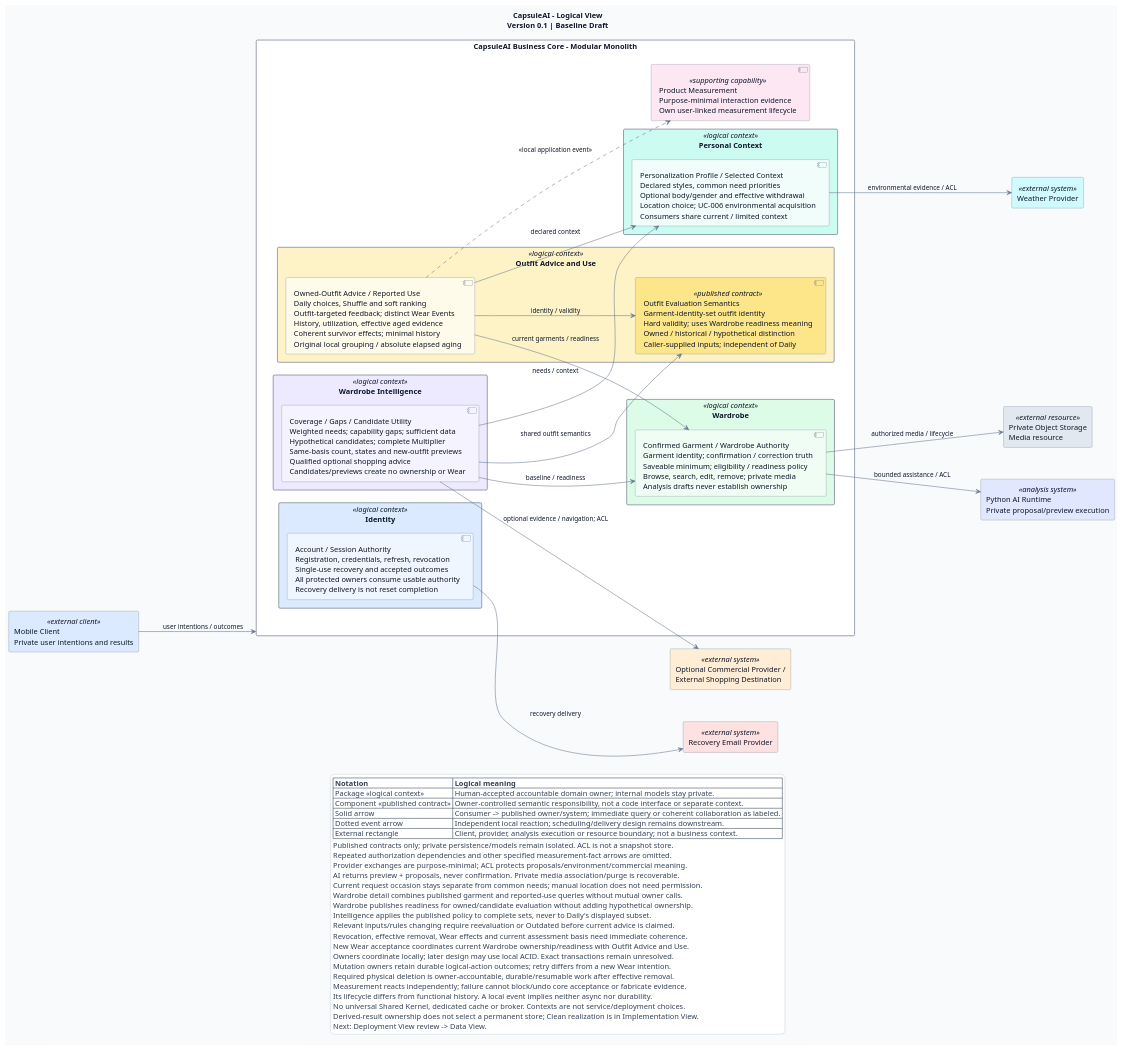
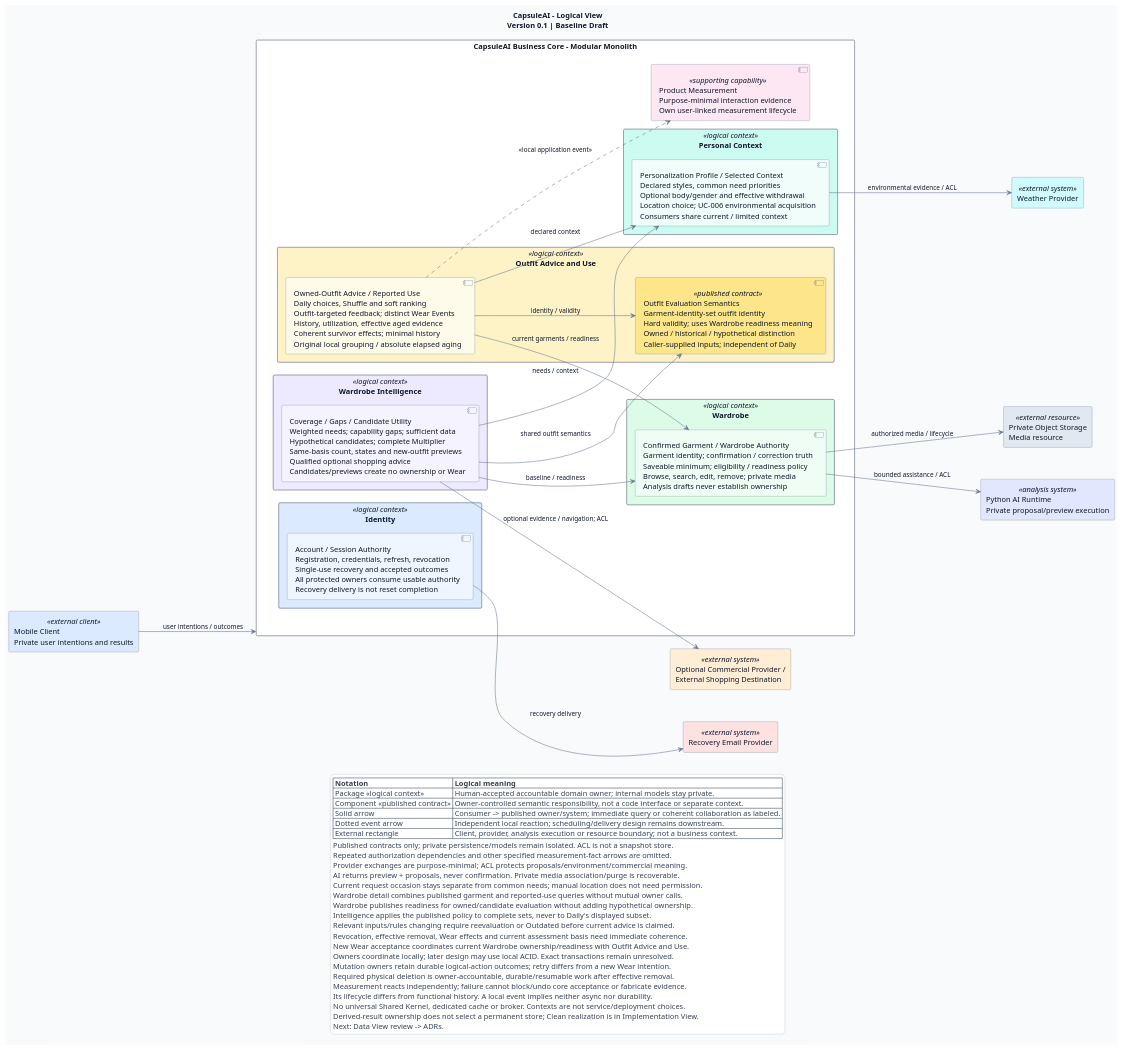
One commit to luubinhdeptrai/CapsuleAI changed the diagram in docs/04-architecture/views/logical-view.puml. Above: the diagram before and after it, drawn with PlantUML. The commit also changed 10 other files, not shown here.

Commit message:
v1 Data View

```diff
--- a/docs/04-architecture/views/logical-view.puml
+++ b/docs/04-architecture/views/logical-view.puml
@@ -1,143 +1,143 @@
 @startuml
 ' Artifact: CapsuleAI Logical View
 ' Version: 0.1; Status: Baseline Draft; Date: 2026-10-10
 ' Source: ADD v0.1 + Selected Architecture Decisions v0.1.1 (ADA-001-018 Selected)
 ' Source versions are authoring baselines; navigation-only patches leave their meaning unchanged.
 ' Scope: logical/domain responsibilities only; decomposition accepted by the human, 2026-10-10.
-' Navigation update only, 2026-10-11: both existing views human-accepted; Deployment v0.1 exists.
-' Logical owners/dependencies unchanged; Deployment review precedes Data View.
+' Navigation update only, 2026-10-11: all three preceding views human-accepted; Data v0.1 exists.
+' Logical owners/dependencies unchanged; Data View review precedes ADRs.
 ' Note: not deployment, source-code/package, physical-data or detailed-contract design.
 ' Process: Initial files/CapsuleAI_Scrum_Development_Workflow.md, Sections 21/39-43/46.
 ' Requirements: BRD v0.3; PRD v0.2; SRS v0.3; Business Rules v0.1.2.
 ' Architecture: ADD Sections 3/5-10/12-13; ASR-SEC-001/002, REL-001/002,
 ' CON-001, PERF-001, INT-001, USE-001, TEST-001; existing QA scenarios unchanged.
 ' Whole repository re-read; per-boundary SRS/rules and all 23 UCs re-read before allocation.
 '
 ' Domain reasoning: capabilities -> invariants -> language -> owners -> boundaries -> contracts.
 ' Identity: CAP-01; UC-001-004/AD-004; FR-AUTH; BRULE-AUTH; DATA-AUTH-001/002/005.
 ' Separate access/recovery from optional advice context; profile completeness never gates access.
 ' Personal Context: CAP-01; UC-005/006/AD-006; FR-PROF/WEATHER; BRULE-PROF.
 ' Keep selected environmental acquisition with personal context; no Weather bounded context.
 ' Wardrobe: CAP-02-04; UC-007-010/AD-007; FR-AI/GAR/WAR; BRULE-GAR; DATA-GAR.
 ' AI assistance and media lifecycle stay inside the confirmed-garment owner's responsibility.
 ' Outfit Advice and Use: CAP-05/06 + reported-use CAP-07; UC-011-018;
 ' AD-011/012/014/016/017; BRULE-OUT/PERS/WEAR/HIST; DATA-OUT/WEAR/HIST.
 ' Combine styling and behavior to keep exact targets, survivor effects and ranking coherent,
 ' avoiding mutual context calls; semantic evaluation is published separately within this owner.
 ' Wardrobe Intelligence: Coverage CAP-07 + CAP-08-10; UC-019-023;
 ' AD-019/020/021/022; BRULE-COV/GAP/MULT/SHOP; DATA-ANL-001-004.
 ' Keep capability gaps and complete candidate utility together; no separate Catalog/Commerce BC.
 ' Product Measurement: supporting responsibility, FR-MET-001-007/DATA-RET-003; no actor goal.
 ' Extraction review: Identity adds current-authority remote coupling; Context adds freshness/
 ' withdrawal coupling; Wardrobe adds confirmation/removal/media coherence; Outfit adds current
 ' wardrobe/context acceptance and basis coupling; Intelligence adds same-basis contract coupling.
 ' These are local collaborators today, not service assignments; no independent extraction driver.
 ' Review uncertainty: combined Outfit Advice and Use may merit later separation only with real
 ' change/ownership evidence; preserve one identity/validity owner and immediate survivor effects.
 
 title CapsuleAI - Logical View\nVersion 0.1 | Baseline Draft
 left to right direction
 skinparam monochrome false
 skinparam shadowing false
 skinparam backgroundColor #F8FAFC
 skinparam ArrowColor #64748B
 skinparam defaultFontColor #0F172A
 skinparam rectangle {
   BackgroundColor #F1F5F9
   BorderColor #64748B
   FontColor #0F172A
 }
 skinparam package {
   BorderColor #475569
   FontColor #0F172A
 }
 skinparam component {
   BorderColor #64748B
   FontColor #0F172A
 }
 skinparam legend {
   BackgroundColor #FFFFFF
   BorderColor #CBD5E1
   FontColor #334155
 }
 skinparam packageStyle rectangle
 skinparam componentStyle uml2
 skinparam defaultFontSize 14
 skinparam ArrowFontSize 12
 skinparam nodesep 60
 skinparam ranksep 90
 
 rectangle "Mobile Client\nPrivate user intentions and results" as Mobile <<external client>> #DBEAFE
 rectangle "Recovery Email Provider" as Email <<external system>> #FEE2E2
 rectangle "Weather Provider" as Weather <<external system>> #CFFAFE
 rectangle "Python AI Runtime\nPrivate proposal/preview execution" as AI <<analysis system>> #E0E7FF
 rectangle "Private Object Storage\nMedia resource" as Media <<external resource>> #E2E8F0
 rectangle "Optional Commercial Provider /\nExternal Shopping Destination" as Shopping <<external system>> #FFEDD5
 
 rectangle "CapsuleAI Business Core - Modular Monolith" as Core #FFFFFF {
     package "Identity" as Identity <<logical context>> #DBEAFE {
         component "Account / Session Authority\nRegistration, credentials, refresh, revocation\nSingle-use recovery and accepted outcomes\nAll protected owners consume usable authority\nRecovery delivery is not reset completion" as Access #EFF6FF
     }
     package "Personal Context" as Context <<logical context>> #CCFBF1 {
         component "Personalization Profile / Selected Context\nDeclared styles, common need priorities\nOptional body/gender and effective withdrawal\nLocation choice; UC-006 environmental acquisition\nConsumers share current / limited context" as Personal #F0FDFA
     }
     package "Wardrobe" as Wardrobe <<logical context>> #DCFCE7 {
         component "Confirmed Garment / Wardrobe Authority\nGarment identity; confirmation / correction truth\nSaveable minimum; eligibility / readiness policy\nBrowse, search, edit, remove; private media\nAnalysis drafts never establish ownership" as Garments #F0FDF4
     }
     package "Outfit Advice and Use" as Outfits <<logical context>> #FEF3C7 {
         component "Owned-Outfit Advice / Reported Use\nDaily choices, Shuffle and soft ranking\nOutfit-targeted feedback; distinct Wear Events\nHistory, utilization, effective aged evidence\nCoherent survivor effects; minimal history\nOriginal local grouping / absolute elapsed aging" as Advice #FFFBEB
         component "Outfit Evaluation Semantics\nGarment-identity-set outfit identity\nHard validity; uses Wardrobe readiness meaning\nOwned / historical / hypothetical distinction\nCaller-supplied inputs; independent of Daily" as Evaluation <<published contract>> #FDE68A
     }
     package "Wardrobe Intelligence" as Intelligence <<logical context>> #EDE9FE {
         component "Coverage / Gaps / Candidate Utility\nWeighted needs; capability gaps; sufficient data\nHypothetical candidates; complete Multiplier\nSame-basis count, states and new-outfit previews\nQualified optional shopping advice\nCandidates/previews create no ownership or Wear" as Assessments #F5F3FF
     }
     component "Product Measurement\nPurpose-minimal interaction evidence\nOwn user-linked measurement lifecycle" as Measurement <<supporting capability>> #FCE7F3
 }
 
 ' Dependencies point from consumer to the owner/system whose published meaning it needs.
 Mobile --> Core : user intentions / outcomes
 Access --> Email : recovery delivery
 Personal --> Weather : environmental evidence / ACL
 Garments --> AI : bounded assistance / ACL
 Garments --> Media : authorized media / lifecycle
 
 Advice --> Garments : current garments / readiness
 Advice --> Personal : declared context
 Advice --> Evaluation : identity / validity
 Assessments --> Garments : baseline / readiness
 Assessments --> Personal : needs / context
 Assessments --> Evaluation : shared outfit semantics
 Assessments --> Shopping : optional evidence / navigation; ACL
 
 ' One representative event dependency; other FR-MET interactions use the same supporting owner.
 Advice ..> Measurement : <<local application event>>
 
 legend bottom
   |= Notation |= Logical meaning |
   | Package <<logical context>> | Human-accepted accountable domain owner; internal models stay private. |
   | Component <<published contract>> | Owner-controlled semantic responsibility, not a code interface or separate context. |
   | Solid arrow | Consumer -> published owner/system; immediate query or coherent collaboration as labeled. |
   | Dotted event arrow | Independent local reaction; scheduling/delivery design remains downstream. |
   | External rectangle | Client, provider, analysis execution or resource boundary; not a business context. |
   Published contracts only; private persistence/models remain isolated. ACL is not a snapshot store.
   Repeated authorization dependencies and other specified measurement-fact arrows are omitted.
   Provider exchanges are purpose-minimal; ACL protects proposals/environment/commercial meaning.
   AI returns preview + proposals, never confirmation. Private media association/purge is recoverable.
   Current request occasion stays separate from common needs; manual location does not need permission.
   Wardrobe detail combines published garment and reported-use queries without mutual owner calls.
   Wardrobe publishes readiness for owned/candidate evaluation without adding hypothetical ownership.
   Intelligence applies the published policy to complete sets, never to Daily's displayed subset.
   Relevant inputs/rules changing require reevaluation or Outdated before current advice is claimed.
   Revocation, effective removal, Wear effects and current assessment basis need immediate coherence.
   New Wear acceptance coordinates current Wardrobe ownership/readiness with Outfit Advice and Use.
   Owners coordinate locally; later design may use local ACID. Exact transactions remain unresolved.
   Mutation owners retain durable logical-action outcomes; retry differs from a new Wear intention.
   Required physical deletion is owner-accountable, durable/resumable work after effective removal.
   Measurement reacts independently; failure cannot block/undo core acceptance or fabricate evidence.
   Its lifecycle differs from functional history. A local event implies neither async nor durability.
   No universal Shared Kernel, dedicated cache or broker. Contexts are not service/deployment choices.
   Derived-result ownership does not select a permanent store; Clean realization is in Implementation View.
-  Next: Deployment View review -> Data View.
+  Next: Data View review -> ADRs.
 endlegend
 
 @enduml
```
